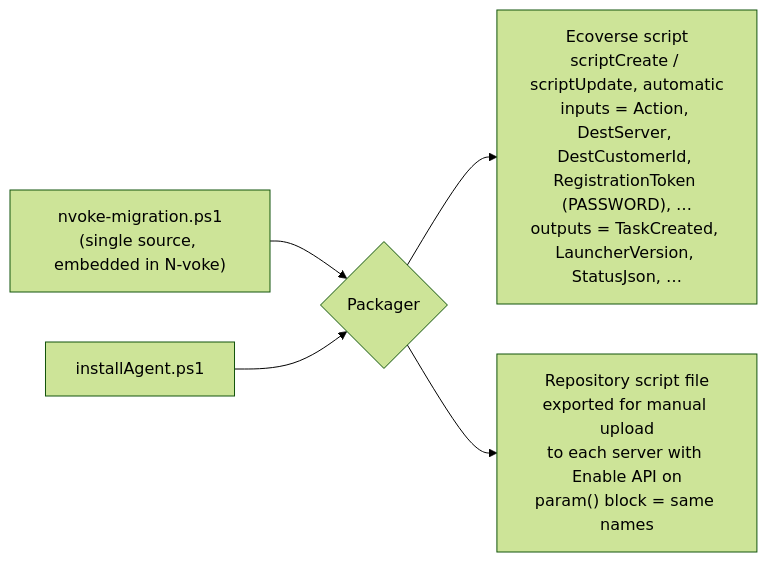
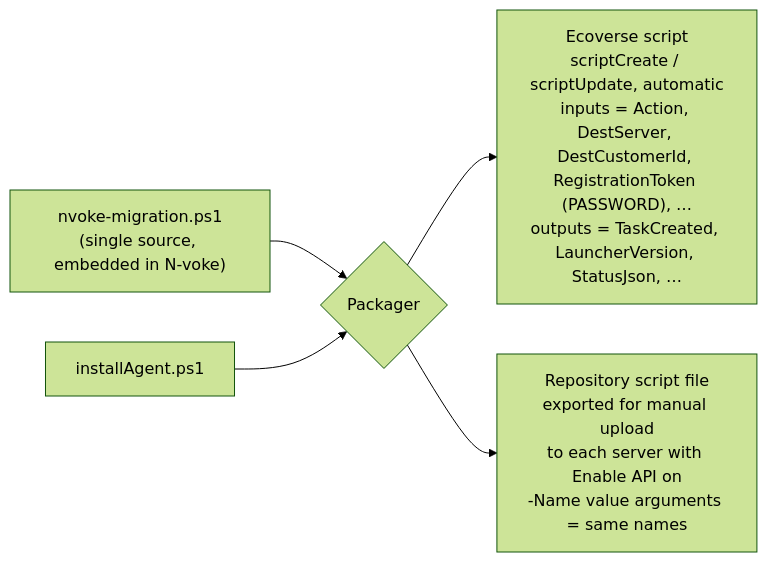
One commit to theonlytruebigmac/n-voke changed the second of 2 diagrams in docs/migration/04-delivery-paths.md. Above: the diagram before and after it, drawn with Mermaid (forest theme). The commit also changed other lines of this file and 9 other files, not shown here.

````diff
--- a/docs/migration/04-delivery-paths.md
+++ b/docs/migration/04-delivery-paths.md
@@ -51,7 +55,7 @@
 ```mermaid
 flowchart LR
     S["nvoke-migration.ps1<br/>(single source, embedded in N-voke)"] --> P{Packager}
     I["installAgent.ps1"] --> P
     P --> E["Ecoverse script<br/>scriptCreate / scriptUpdate, automatic<br/>inputs = Action, DestServer, DestCustomerId, RegistrationToken (PASSWORD), …<br/>outputs = TaskCreated, LauncherVersion, StatusJson, …"]
-    P --> M["Repository script file<br/>exported for manual upload<br/>to each server with Enable API on<br/>param() block = same names"]
+    P --> M["Repository script file<br/>exported for manual upload<br/>to each server with Enable API on<br/>-Name value arguments = same names"]
 ```
````
